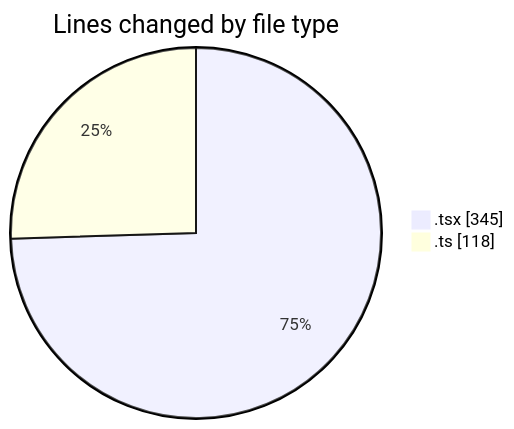
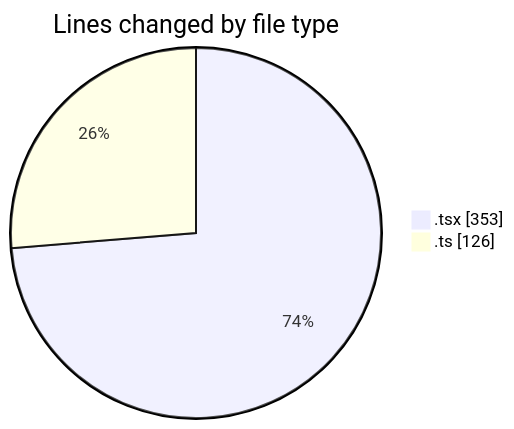
The first of 2 diagrams in 2026-04-20/airfeed-analytics-dashboard/README.md (nxtqubesakshisongat/code-tracking), drawn with Mermaid before and after one commit. The commit also changed other lines of this file and 1 other file, not shown here.

````diff
--- a/2026-04-20/airfeed-analytics-dashboard/README.md
+++ b/2026-04-20/airfeed-analytics-dashboard/README.md
@@ -22,6 +22,6 @@
 ```mermaid
 pie showData
 title Lines changed by file type
-".tsx" : 345
-".ts" : 118
+".tsx" : 353
+".ts" : 126
 ```
````
